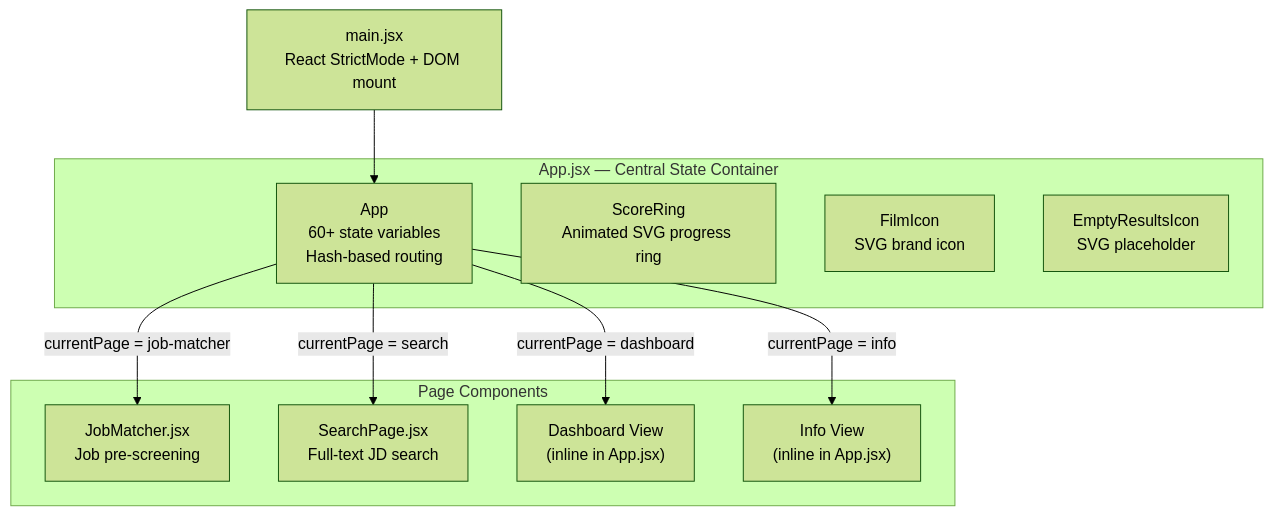
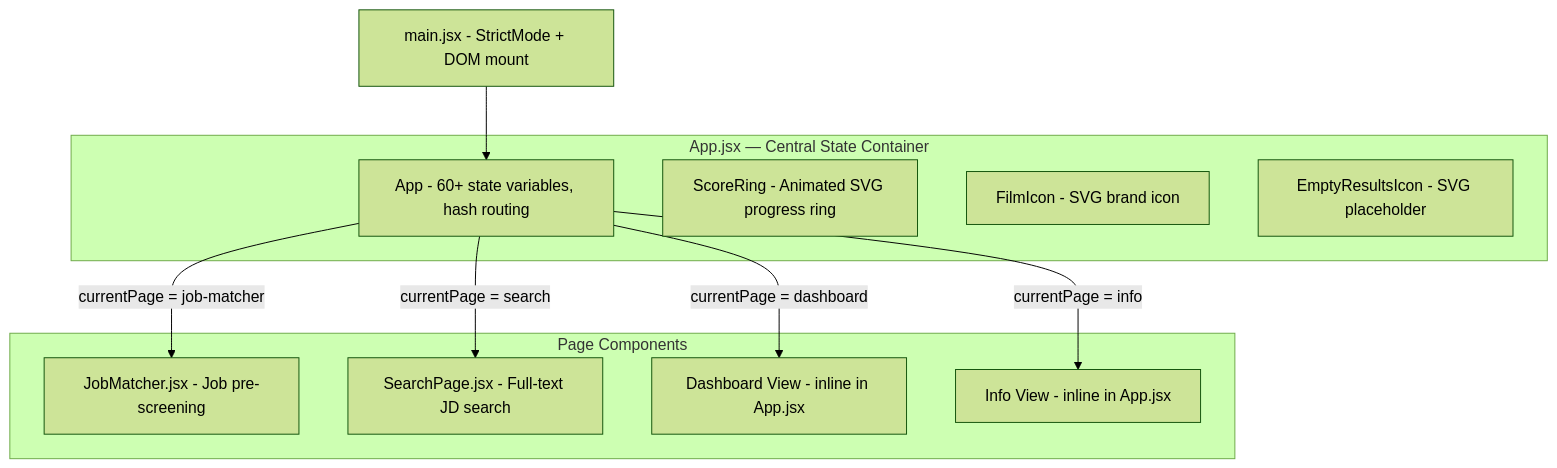
Before and after one commit to tejamahesh1433/job-trailerd-resume: the first of 5 diagrams in docx/Frontend_Architecture.md, drawn with Mermaid (forest theme). The commit also changed other lines of this file and 3 other files, not shown here.

Commit message:
docs: add architecture and data flow documentation for backend and frontend systems

````diff
--- a/docx/Frontend_Architecture.md
+++ b/docx/Frontend_Architecture.md
@@ -7,24 +7,24 @@
 ```mermaid
 graph TD
-    main["main.jsx<br/>React StrictMode + DOM mount"]
+    main["main.jsx - StrictMode + DOM mount"]
     main --> App
 
     subgraph App_Component ["App.jsx — Central State Container"]
-        App["App<br/>60+ state variables<br/>Hash-based routing"]
-        SR["ScoreRing<br/>Animated SVG progress ring"]
-        FI["FilmIcon<br/>SVG brand icon"]
-        EI["EmptyResultsIcon<br/>SVG placeholder"]
+        App["App - 60+ state variables, hash routing"]
+        SR["ScoreRing - Animated SVG progress ring"]
+        FI["FilmIcon - SVG brand icon"]
+        EI["EmptyResultsIcon - SVG placeholder"]
     end
 
     subgraph Pages ["Page Components"]
-        JM["JobMatcher.jsx<br/>Job pre-screening"]
-        SP["SearchPage.jsx<br/>Full-text JD search"]
-        Dashboard["Dashboard View<br/>(inline in App.jsx)"]
-        Info["Info View<br/>(inline in App.jsx)"]
+        JM["JobMatcher.jsx - Job pre-screening"]
+        SP["SearchPage.jsx - Full-text JD search"]
+        Dashboard["Dashboard View - inline in App.jsx"]
+        Info["Info View - inline in App.jsx"]
     end
 
     App -->|currentPage = dashboard| Dashboard
     App -->|currentPage = job-matcher| JM
     App -->|currentPage = search| SP
     App -->|currentPage = info| Info
 ```
````
